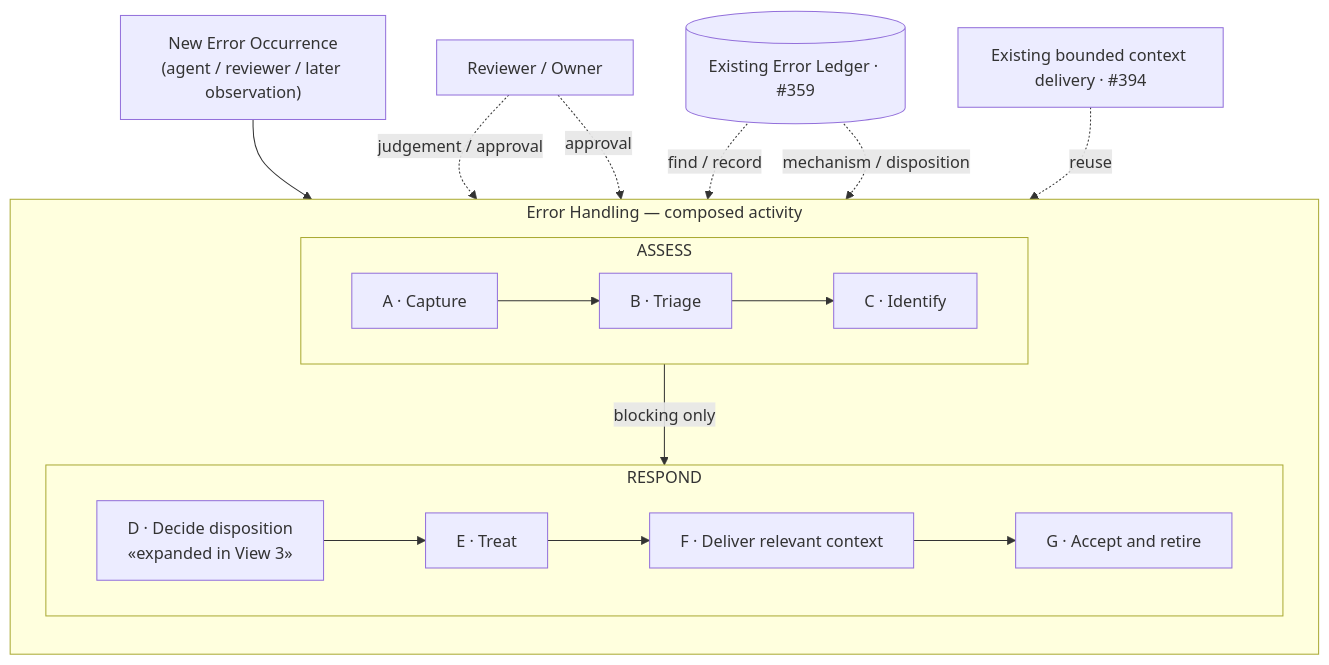
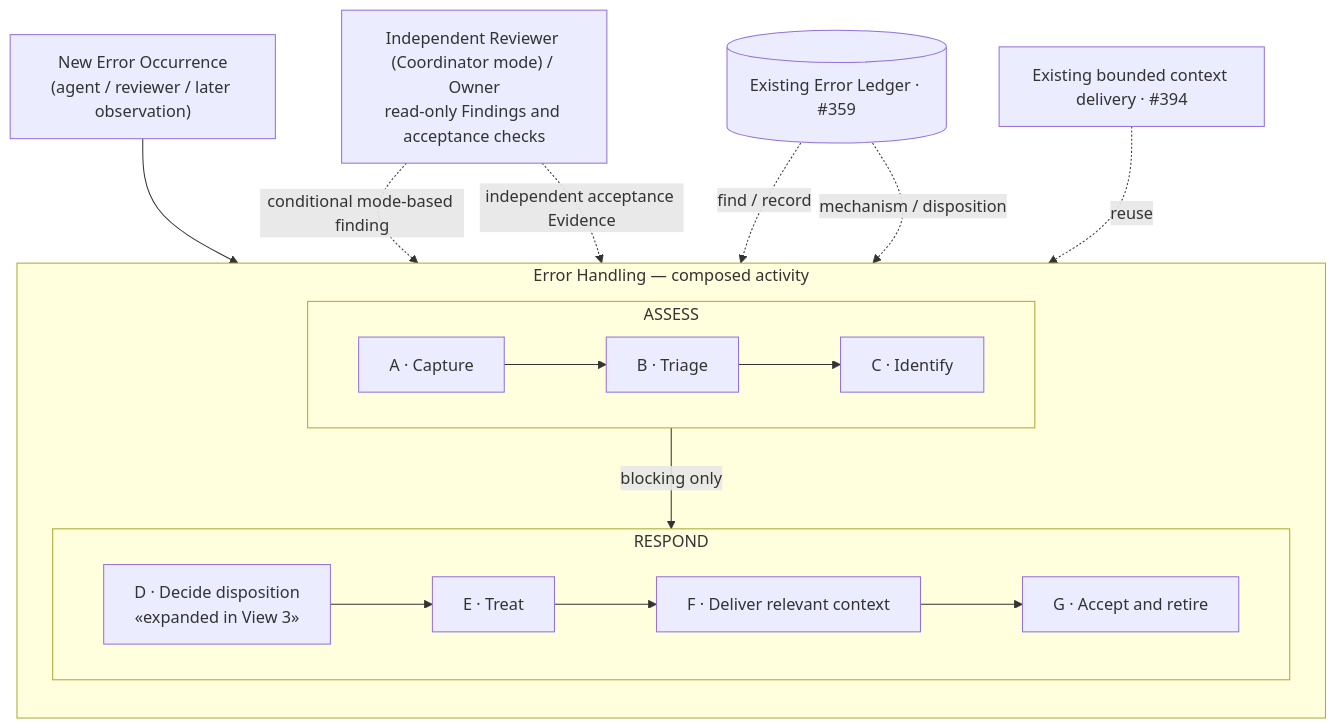
One commit to dyphn1/Harness-everything changed the third of 4 diagrams in docs/discussions/error-handling/README.md. Above: the diagram before and after it, drawn with Mermaid. The commit also changed other lines of this file, not shown here.

Commit message:
docs(error-handling): resolve Coordinator-vs-Solo Reviewer and G acceptance authority (#437 #439)

````diff
--- a/docs/discussions/error-handling/README.md
+++ b/docs/discussions/error-handling/README.md
@@ -130,21 +176,21 @@
 ```mermaid
 flowchart TB
     INPUT["New Error Occurrence<br/>(agent / reviewer / later observation)"] --> A
     subgraph EH["Error Handling — composed activity"]
         direction TB
         subgraph ASSESS["ASSESS"]
             direction LR
             A["A · Capture"] --> B["B · Triage"] --> C["C · Identify"]
         end
         subgraph RESPOND["RESPOND"]
             direction LR
             D["D · Decide disposition<br/>«expanded in View 3»"] --> E["E · Treat"] --> F["F · Deliver relevant context"] --> G["G · Accept and retire"]
         end
         C -->|"blocking only"| D
     end
-    REVIEW["Reviewer / Owner"] -. "judgement / approval" .-> B
-    REVIEW -. "approval" .-> D
+    REVIEW["Independent Reviewer (Coordinator mode) / Owner<br/>read-only Findings and acceptance checks"] -. "conditional mode-based finding" .-> B
+    REVIEW -. "independent acceptance Evidence" .-> G
     LEDGER[("Existing Error Ledger · #359")] -. "find / record" .-> C
     LEDGER -. "mechanism / disposition" .-> E
     HOOK["Existing bounded context delivery · #394"] -. "reuse" .-> F
 ```
````
